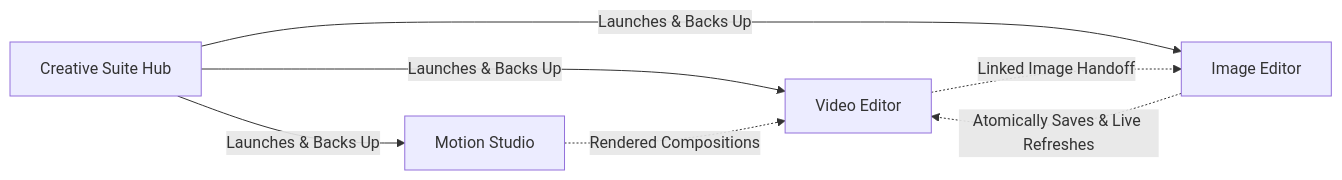
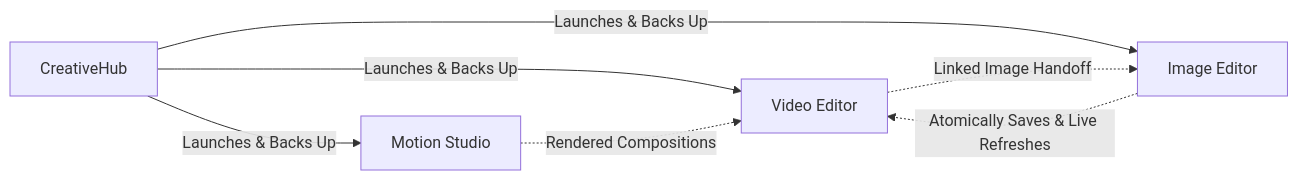
One commit to BadTonho/CreativeHUB changed the diagram in README.md. Above: the diagram before and after it, drawn with Mermaid. The commit also changed other lines of this file, not shown here.

Commit message:
docs: rebrand project from Creative Suite to CreativeHub in README

````diff
--- a/README.md
+++ b/README.md
@@ -91,11 +89,11 @@
 ```mermaid
 graph LR
-    Hub[Creative Suite Hub] -->|Launches & Backs Up| VE[Video Editor]
+    Hub[CreativeHub] -->|Launches & Backs Up| VE[Video Editor]
     Hub -->|Launches & Backs Up| IE[Image Editor]
     Hub -->|Launches & Backs Up| MS[Motion Studio]
     
     VE -.->|Linked Image Handoff| IE
     IE -.->|Atomically Saves & Live Refreshes| VE
     
     MS -.->|Rendered Compositions| VE
 ```
````
